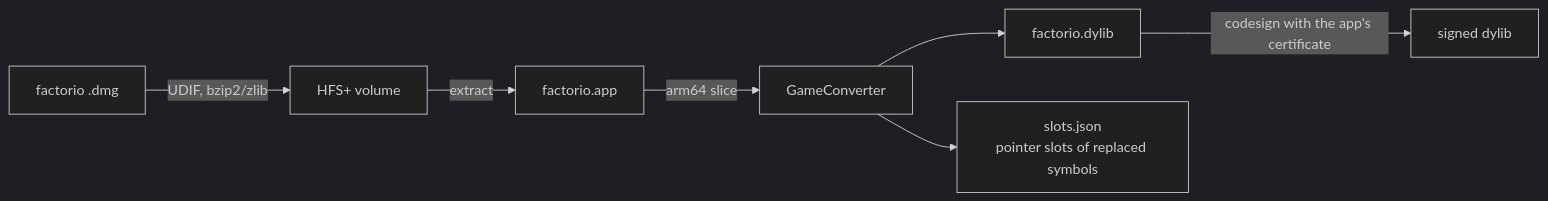
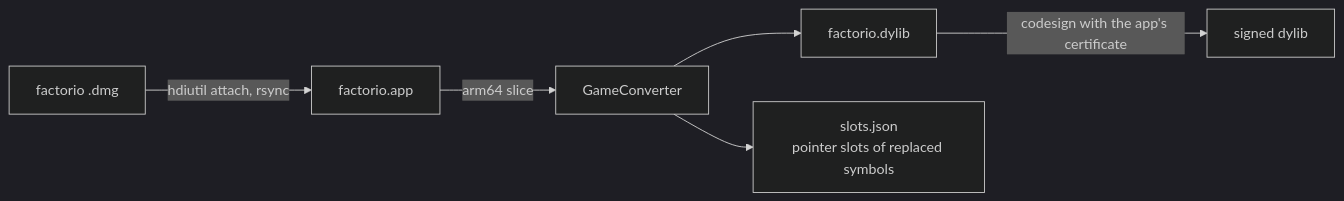
Before and after one commit to klesersurovyj-a11y/factorios: the second of 3 diagrams in docs/architecture.md, drawn with Mermaid (dark theme). The commit also changed other lines of this file and 33 other files, not shown here.

````diff
--- a/docs/architecture.md
+++ b/docs/architecture.md
@@ -34,9 +33,8 @@
 ```mermaid
 flowchart LR
-    dmg[factorio .dmg] -->|UDIF, bzip2/zlib| hfs[HFS+ volume]
-    hfs -->|extract| app[factorio.app]
+    dmg[factorio .dmg] -->|hdiutil attach, rsync| app[factorio.app]
     app -->|arm64 slice| conv[GameConverter]
     conv --> dylib[factorio.dylib]
     conv --> slots[slots.json<br/>pointer slots of replaced symbols]
     dylib -->|codesign with the app's certificate| signed[signed dylib]
 ```
````
